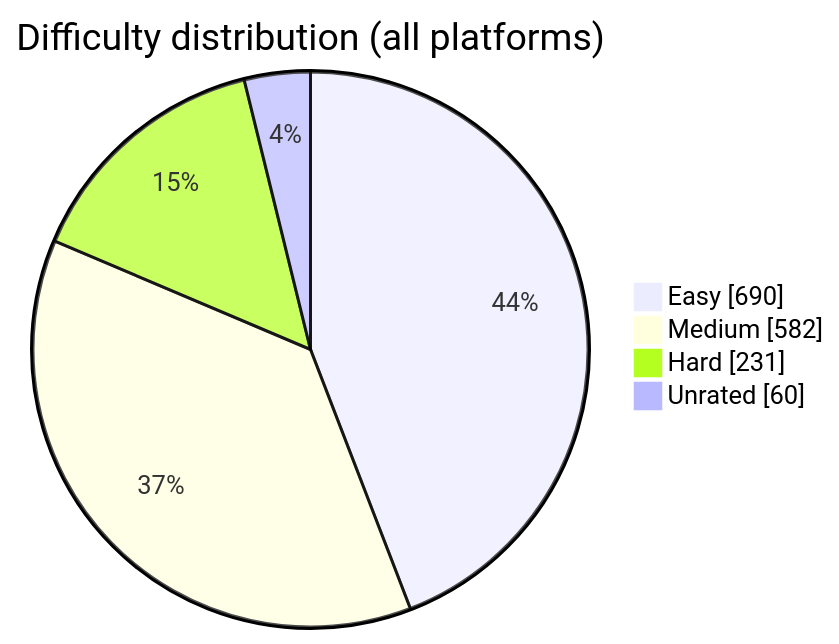
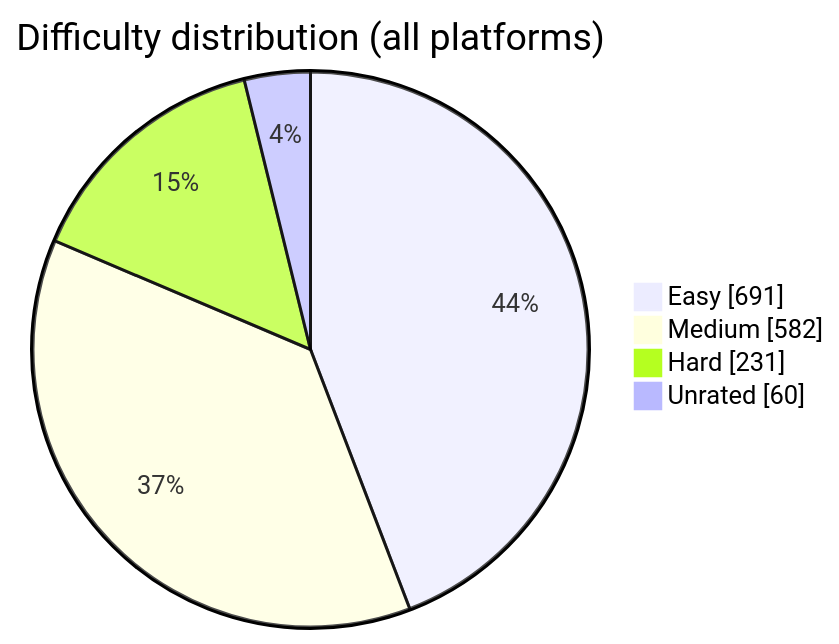
The diagram in README.md (BuildbyArindam/Daily-Coding-Log), drawn with Mermaid before and after one commit. The commit also changed other lines of this file, not shown here.

````diff
--- a/README.md
+++ b/README.md
@@ -93,7 +93,7 @@
 ```mermaid
 pie showData title Difficulty distribution (all platforms)
-    "Easy" : 690
+    "Easy" : 691
     "Medium" : 582
     "Hard" : 231
     "Unrated" : 60
 ```
````
